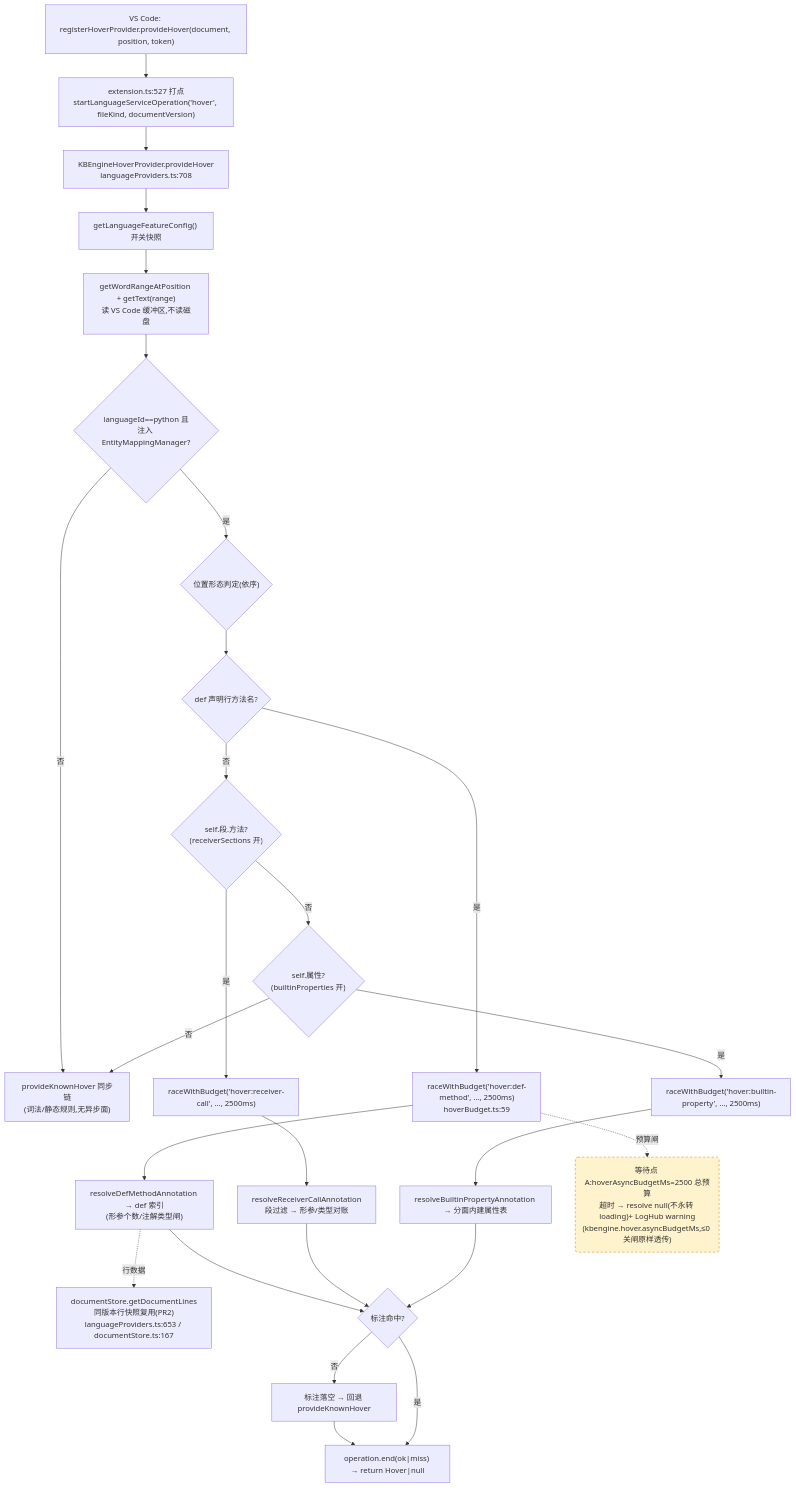
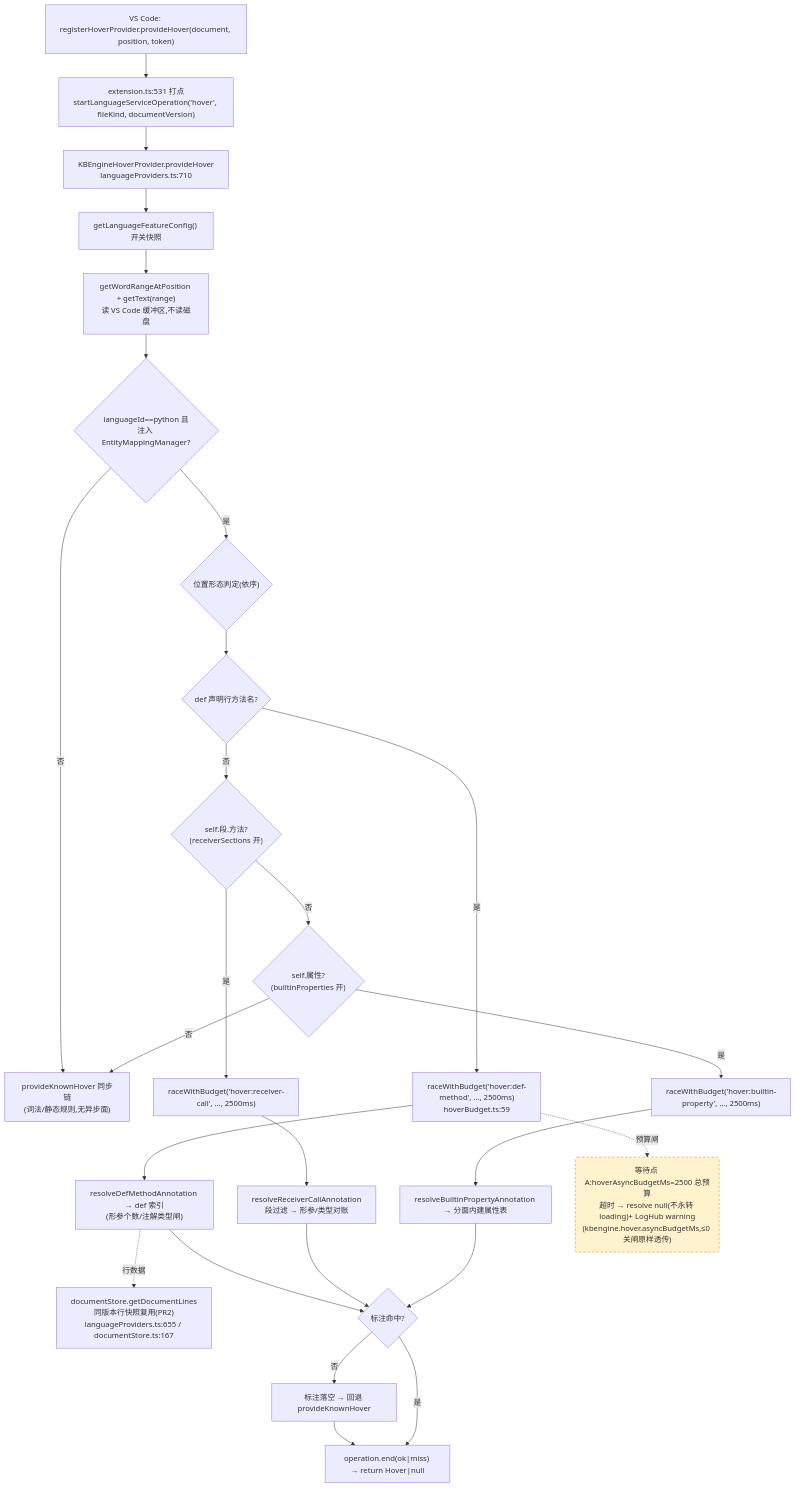
The first of 4 diagrams in docs/perf/2026-baseline.md (cuihairu/kode), drawn with Mermaid before and after one commit. The commit also changed other lines of this file and 5 other files, not shown here.

````diff
--- a/docs/perf/2026-baseline.md
+++ b/docs/perf/2026-baseline.md
@@ -82,45 +82,45 @@
 ```mermaid
 flowchart TD
   VC1["VS Code: registerHoverProvider.provideHover(document, position, token)"]
-  M1["extension.ts:527 打点<br/>startLanguageServiceOperation('hover', fileKind, documentVersion)"]
-  HP["KBEngineHoverProvider.provideHover<br/>languageProviders.ts:708"]
+  M1["extension.ts:531 打点<br/>startLanguageServiceOperation('hover', fileKind, documentVersion)"]
+  HP["KBEngineHoverProvider.provideHover<br/>languageProviders.ts:710"]
   CFG["getLanguageFeatureConfig() 开关快照"]
   WORD["getWordRangeAtPosition + getText(range)<br/>读 VS Code 缓冲区,不读磁盘"]
   BR{"languageId==python 且<br/>注入 EntityMappingManager?"}
   KN["provideKnownHover 同步链<br/>(词法/静态规则,无异步面)"]
   POS{"位置形态判定(依序)"}
   D1{"def 声明行方法名?"}
   D2{"self.段.方法?<br/>(receiverSections 开)"}
   D3{"self.属性?<br/>(builtinProperties 开)"}
   RA1["raceWithBudget('hover:def-method', …, 2500ms)<br/>hoverBudget.ts:59"]
   RA2["raceWithBudget('hover:receiver-call', …, 2500ms)"]
   RA3["raceWithBudget('hover:builtin-property', …, 2500ms)"]
   RS1["resolveDefMethodAnnotation → def 索引<br/>(形参个数/注解类型闸)"]
   RS2["resolveReceiverCallAnnotation<br/>段过滤 → 形参/类型对账"]
   RS3["resolveBuiltinPropertyAnnotation → 分面内建属性表"]
-  LINES["documentStore.getDocumentLines<br/>同版本行快照复用(PR2)<br/>languageProviders.ts:653 / documentStore.ts:167"]
+  LINES["documentStore.getDocumentLines<br/>同版本行快照复用(PR2)<br/>languageProviders.ts:655 / documentStore.ts:167"]
   MISS["标注落空 → 回退 provideKnownHover"]
   END1["operation.end(ok|miss) → return Hover|null"]
 
   VC1 --> M1 --> HP --> CFG --> WORD --> BR
   BR -- "否" --> KN
   BR -- "是" --> POS --> D1
   D1 -- "是" --> RA1 --> RS1
   D1 -- "否" --> D2
   D2 -- "是" --> RA2 --> RS2
   D2 -- "否" --> D3
   D3 -- "是" --> RA3 --> RS3
   D3 -- "否" --> KN
   RS1 --> HIT{"标注命中?"}
   RS2 --> HIT
   RS3 --> HIT
   RS1 -.->|行数据| LINES
   HIT -- "否" --> MISS --> END1
   HIT -- "是" --> END1
 
   WAITA("等待点 A:hoverAsyncBudgetMs=2500 总预算<br/>超时 → resolve null(不永转 loading)+ LogHub warning<br/>(kbengine.hover.asyncBudgetMs,≤0 关闸原样透传)")
   RA1 -.->|预算闸| WAITA
 
   classDef waitPoint fill:#fff3cd,stroke:#d97706,stroke-dasharray:5 4;
   class WAITA waitPoint;
 ```
````
